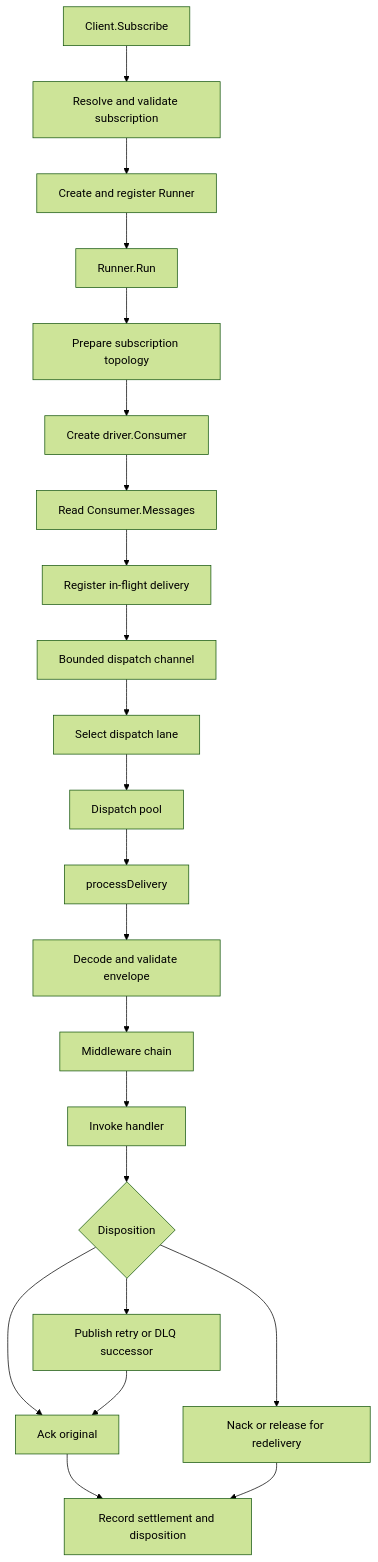
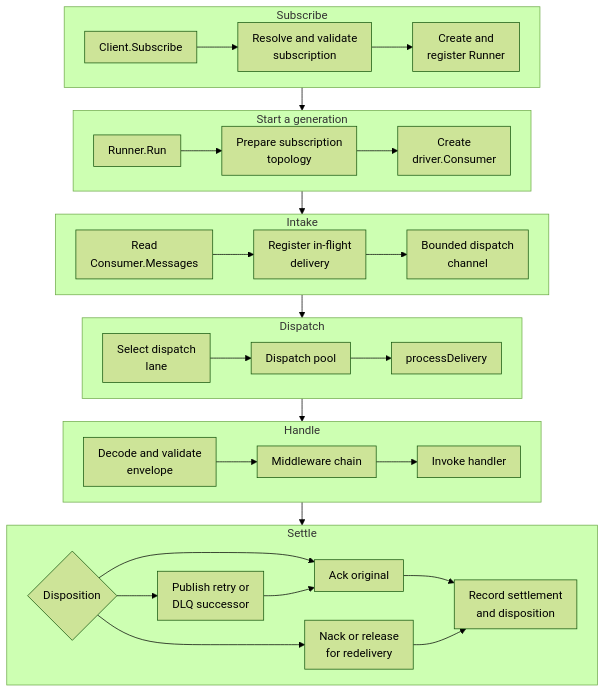
The first of 3 diagrams in docs/development/consume-flow.md (bktrung/edm_sdk), drawn with Mermaid (forest theme) before and after one commit. The commit also changed other lines of this file and 35 other files, not shown here.

````diff
--- a/docs/development/consume-flow.md
+++ b/docs/development/consume-flow.md
@@ -14,24 +14,33 @@
 ```mermaid
+%%{init: {"flowchart": {"nodeSpacing": 24, "rankSpacing": 32, "padding": 10}}}%%
 flowchart TB
-    SUB[Client.Subscribe] --> RES[Resolve and validate subscription]
-    RES --> RUNNER[Create and register Runner]
-    RUNNER --> RUN[Runner.Run]
-    RUN --> TOPO[Prepare subscription topology]
-    TOPO --> CONSUMER[Create driver.Consumer]
-    CONSUMER --> FETCH[Read Consumer.Messages]
-    FETCH --> REGISTER[Register in-flight delivery]
-    REGISTER --> CHANNEL[Bounded dispatch channel]
-    CHANNEL --> SCHED[Select dispatch lane]
-    SCHED --> POOL[Dispatch pool]
-    POOL --> PROCESS[processDelivery]
-    PROCESS --> DECODE[Decode and validate envelope]
-    DECODE --> MIDDLEWARE[Middleware chain]
-    MIDDLEWARE --> HANDLER[Invoke handler]
-    HANDLER --> OUTCOME{Disposition}
-    OUTCOME --> ACK[Ack original]
-    OUTCOME --> SUCCESSOR[Publish retry or DLQ successor]
-    SUCCESSOR --> ACK
-    OUTCOME --> REQUEUE[Nack or release for redelivery]
-    ACK --> ACCOUNT[Record settlement and disposition]
-    REQUEUE --> ACCOUNT
+    subgraph S1[Subscribe]
+        direction LR
+        SUB[Client.Subscribe] --> RES[Resolve and validate<br/>subscription] --> RUNNER[Create and<br/>register Runner]
+    end
+    subgraph S2[Start a generation]
+        direction LR
+        RUN[Runner.Run] --> TOPO[Prepare subscription<br/>topology] --> CONSUMER[Create<br/>driver.Consumer]
+    end
+    subgraph S3[Intake]
+        direction LR
+        FETCH[Read<br/>Consumer.Messages] --> REGISTER[Register in-flight<br/>delivery] --> CHANNEL[Bounded dispatch<br/>channel]
+    end
+    subgraph S4[Dispatch]
+        direction LR
+        SCHED[Select dispatch<br/>lane] --> POOL[Dispatch pool] --> PROCESS[processDelivery]
+    end
+    subgraph S5[Handle]
+        direction LR
+        DECODE[Decode and validate<br/>envelope] --> MIDDLEWARE[Middleware chain] --> HANDLER[Invoke handler]
+    end
+    subgraph S6[Settle]
+        direction LR
+        OUTCOME{Disposition} --> ACK[Ack original]
+        OUTCOME --> SUCCESSOR[Publish retry or<br/>DLQ successor] --> ACK
+        OUTCOME --> REQUEUE[Nack or release<br/>for redelivery]
+        ACK --> ACCOUNT[Record settlement<br/>and disposition]
+        REQUEUE --> ACCOUNT
+    end
+    S1 --> S2 --> S3 --> S4 --> S5 --> S6
 ```
````
